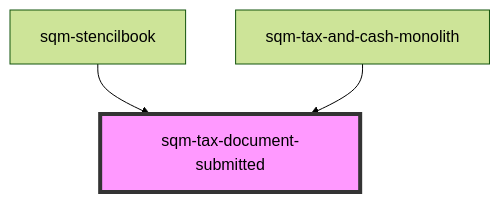
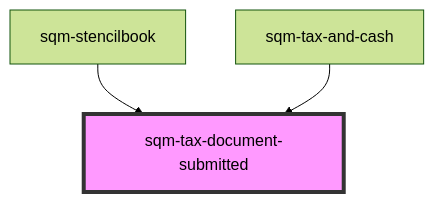
One commit to saasquatch/program-tools changed the diagram in packages/mint-components/src/components/tax-and-cash/sqm-tax-document-submitted/readme.md. Above: the diagram before and after it, drawn with Mermaid (forest theme). The commit also changed other lines of this file and 21 other files, not shown here.

````diff
--- a/packages/mint-components/src/components/tax-and-cash/sqm-tax-document-submitted/readme.md
+++ b/packages/mint-components/src/components/tax-and-cash/sqm-tax-document-submitted/readme.md
@@ -49,6 +51,6 @@
 ```mermaid
 graph TD;
   sqm-stencilbook --> sqm-tax-document-submitted
-  sqm-tax-and-cash-monolith --> sqm-tax-document-submitted
+  sqm-tax-and-cash --> sqm-tax-document-submitted
   style sqm-tax-document-submitted fill:#f9f,stroke:#333,stroke-width:4px
 ```
````
